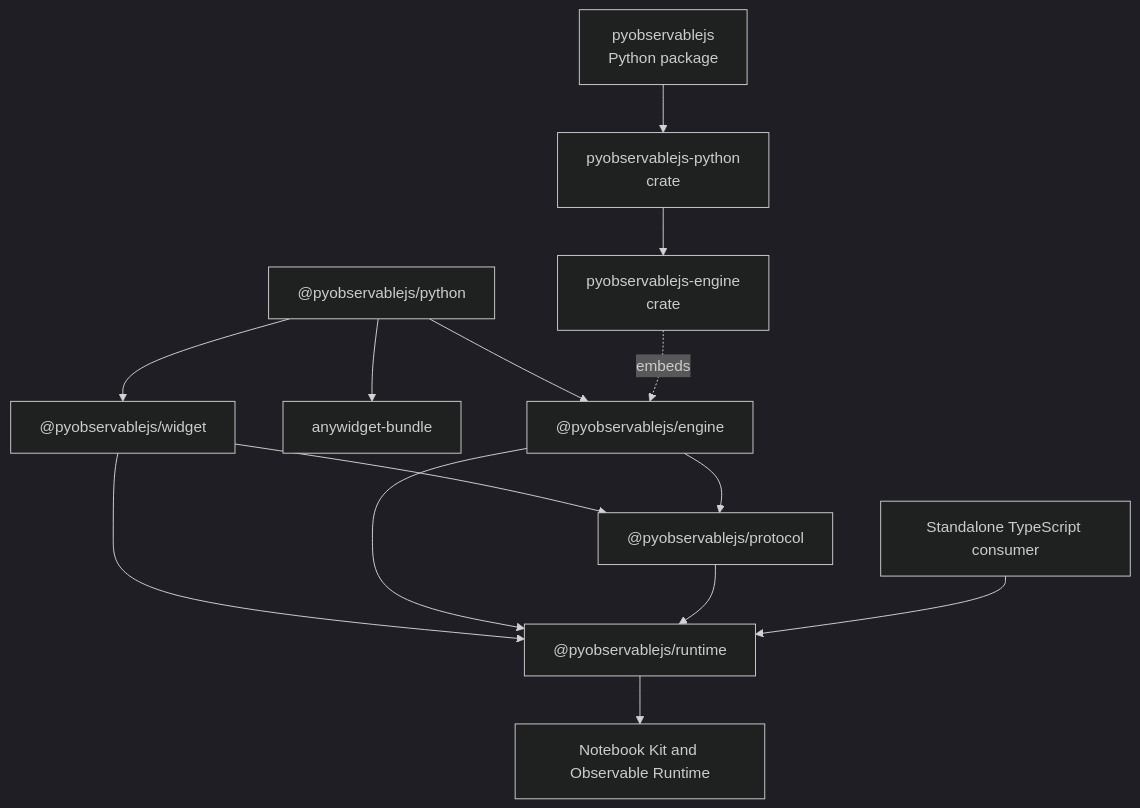
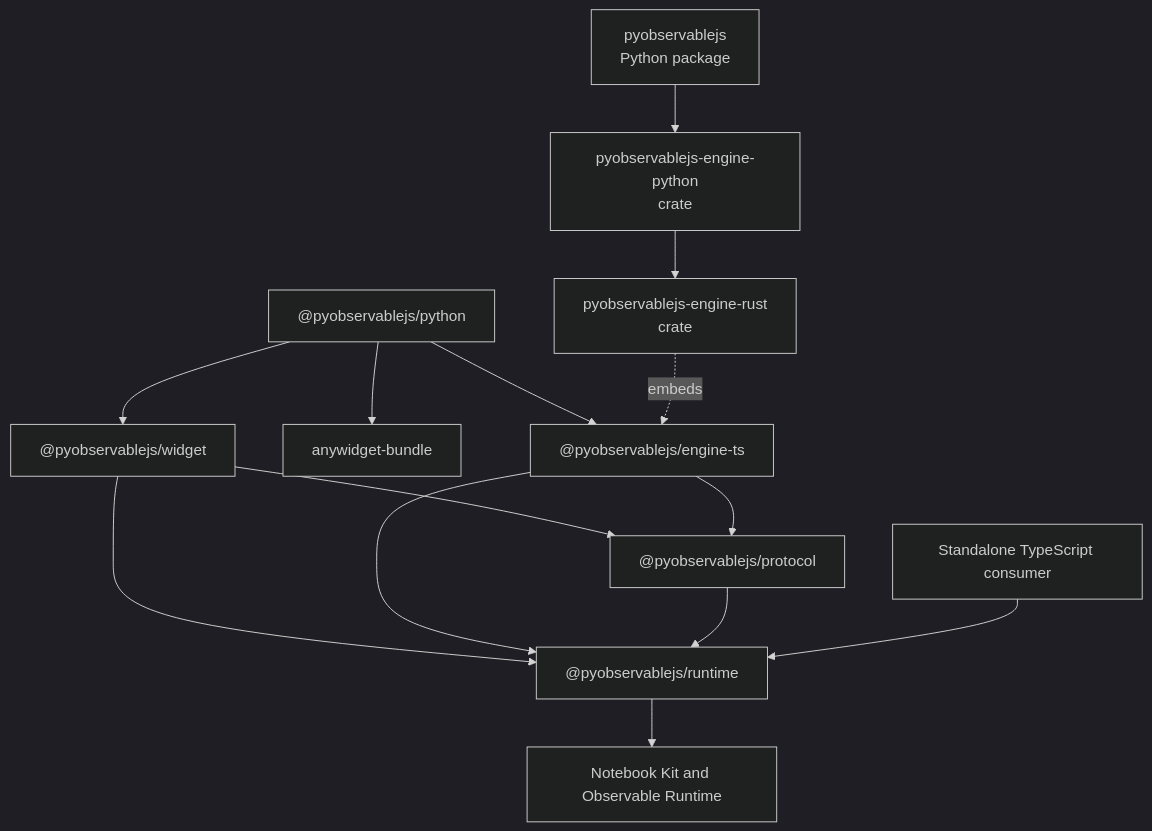
Before and after one commit to peter-gy/pyobservablejs: the diagram in development_docs/workspace.md, drawn with Mermaid (dark theme). The commit also changed other lines of this file and 58 other files, not shown here.

````diff
--- a/development_docs/workspace.md
+++ b/development_docs/workspace.md
@@ -19,16 +25,16 @@
 ```mermaid
 flowchart TB
   python["@pyobservablejs/python"] --> widget["@pyobservablejs/widget"]
   python --> bundle["anywidget-bundle"]
-  python --> engine["@pyobservablejs/engine"]
+  python --> engine["@pyobservablejs/engine-ts"]
   widget --> runtime["@pyobservablejs/runtime"]
   widget --> protocol["@pyobservablejs/protocol"]
   engine --> runtime
   engine --> protocol
   protocol --> runtime
-  binding["pyobservablejs-python<br/>crate"] --> core["pyobservablejs-engine<br/>crate"]
+  binding["pyobservablejs-engine-python<br/>crate"] --> core["pyobservablejs-engine-rust<br/>crate"]
   core -. embeds .-> engine
   wheel["pyobservablejs<br/>Python package"] --> binding
   app["Standalone TypeScript consumer"] --> runtime
   runtime --> kit["Notebook Kit and Observable Runtime"]
 ```
````
